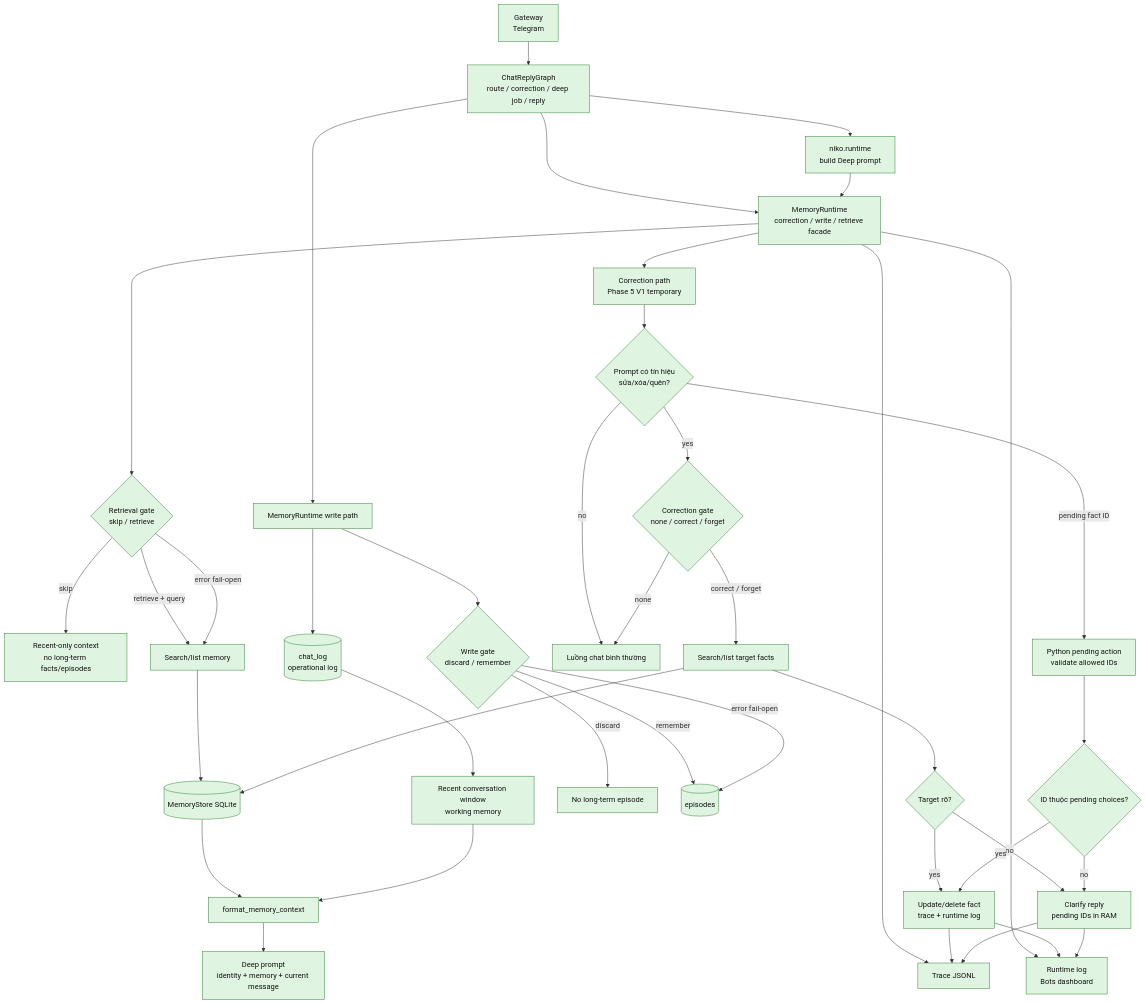
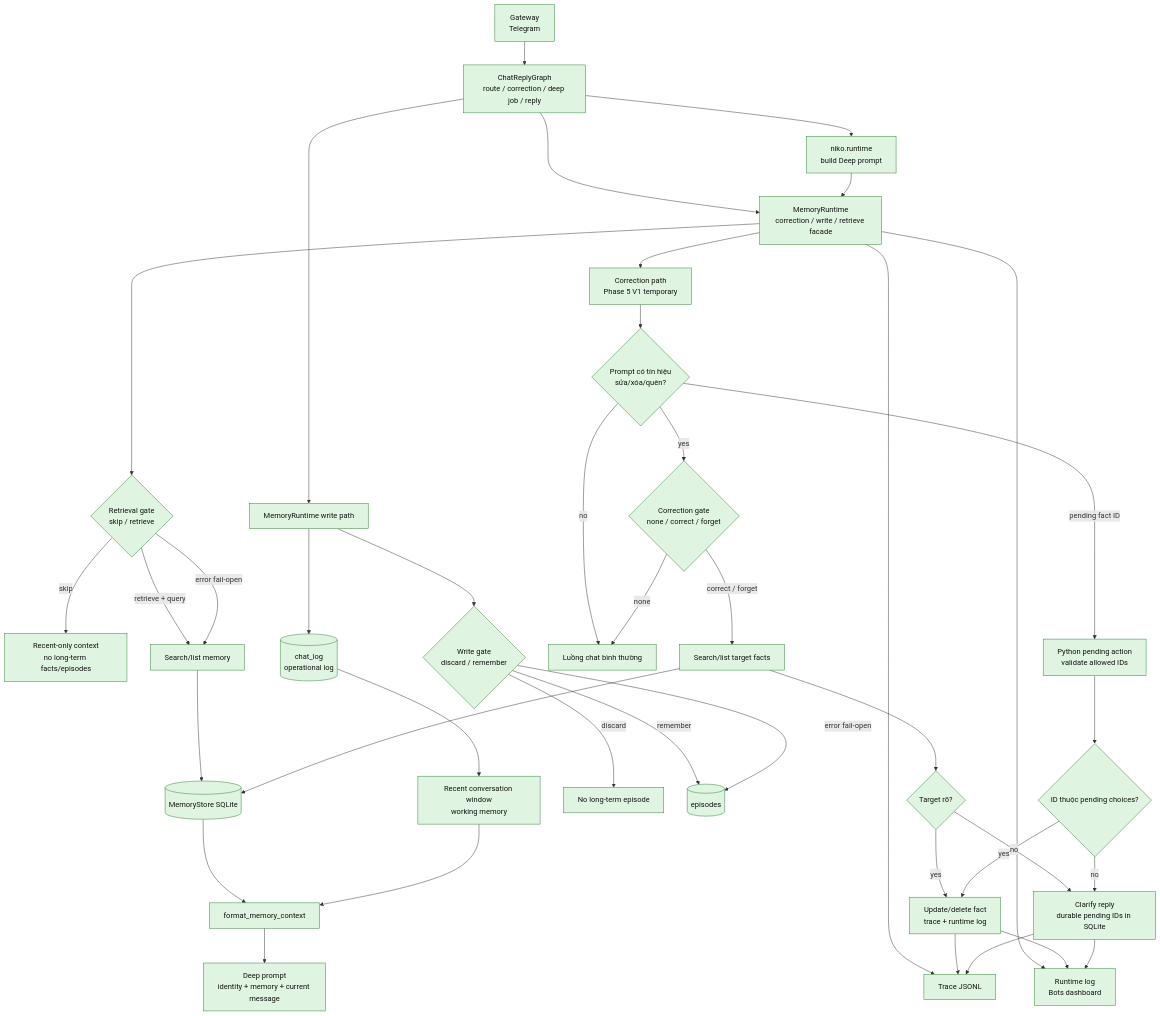
Before and after one commit to LuongAnh1/Niko_Agent: the second of 8 diagrams in docs/memory/chat-memory-architecture-flow.md, drawn with Mermaid. The commit also changed other lines of this file and 10 other files, not shown here.

````diff
--- a/docs/memory/chat-memory-architecture-flow.md
+++ b/docs/memory/chat-memory-architecture-flow.md
@@ -50,53 +50,53 @@
 ```mermaid
 flowchart TB
     Gateway[Gateway<br/>Telegram] --> ChatGraph[ChatReplyGraph<br/>route / correction / deep job / reply]
     ChatGraph --> MemoryRuntime[MemoryRuntime<br/>correction / write / retrieve facade]
     ChatGraph --> DeepRuntime[niko.runtime<br/>build Deep prompt]
     DeepRuntime --> MemoryRuntime
 
     MemoryRuntime --> RetrievalGate{Retrieval gate<br/>skip / retrieve}
     RetrievalGate -->|skip| RecentOnly[Recent-only context<br/>no long-term facts/episodes]
     RetrievalGate -->|retrieve + query| Retriever[Search/list memory]
     RetrievalGate -->|error fail-open| Retriever
 
     Retriever --> Store[(MemoryStore SQLite)]
     ChatLog --> WorkingWindow[Recent conversation window<br/>working memory]
     Store --> Formatter[format_memory_context]
     WorkingWindow --> Formatter
     Formatter --> DeepPrompt[Deep prompt<br/>identity + memory + current message]
 
     ChatGraph --> WritePath[MemoryRuntime write path]
     WritePath --> ChatLog[(chat_log<br/>operational log)]
     WritePath --> WriteGate{Write gate<br/>discard / remember}
     WriteGate -->|discard| NoEpisode[No long-term episode]
     WriteGate -->|remember| Episode[(episodes)]
     WriteGate -->|error fail-open| Episode
 
     MemoryRuntime --> CorrectionPath[Correction path<br/>Phase 5 V1 temporary]
     CorrectionPath --> CorrectionPrecheck{Prompt có tín hiệu<br/>sửa/xóa/quên?}
     CorrectionPrecheck -->|no| NoCorrection[Luồng chat bình thường]
     CorrectionPrecheck -->|pending fact ID| CorrectionPending[Python pending action<br/>validate allowed IDs]
     CorrectionPrecheck -->|yes| CorrectionGate{Correction gate<br/>none / correct / forget}
     CorrectionGate -->|none| NoCorrection[Luồng chat bình thường]
     CorrectionGate -->|correct / forget| CorrectionSearch[Search/list target facts]
     CorrectionSearch --> Store
     CorrectionSearch --> CorrectionMatch{Target rõ?}
     CorrectionMatch -->|yes| CorrectionApply[Update/delete fact<br/>trace + runtime log]
-    CorrectionMatch -->|no| CorrectionClarify[Clarify reply<br/>pending IDs in RAM]
+    CorrectionMatch -->|no| CorrectionClarify[Clarify reply<br/>durable pending IDs in SQLite]
     CorrectionPending --> CorrectionPendingMatch{ID thuộc pending choices?}
     CorrectionPendingMatch -->|yes| CorrectionApply
     CorrectionPendingMatch -->|no| CorrectionClarify
 
     MemoryRuntime --> Trace[Trace JSONL]
     MemoryRuntime --> RuntimeLog[Runtime log<br/>Bots dashboard]
     CorrectionApply --> Trace
     CorrectionClarify --> Trace
     CorrectionApply --> RuntimeLog
     CorrectionClarify --> RuntimeLog
 
     classDef done fill:#dff5e1,stroke:#2e7d32,color:#111;
     classDef planned fill:#fff4cc,stroke:#b7791f,color:#111;
     classDef boundary fill:#f3f4f6,stroke:#6b7280,color:#111;
 
     class Gateway,ChatGraph,DeepRuntime,MemoryRuntime,RetrievalGate,Retriever,Store,Formatter,DeepPrompt,WritePath,ChatLog,WorkingWindow,WriteGate,Episode,CorrectionPath,CorrectionPrecheck,CorrectionGate,CorrectionPending,CorrectionPendingMatch,NoCorrection,CorrectionSearch,CorrectionMatch,CorrectionApply,CorrectionClarify,Trace,RuntimeLog,RecentOnly,NoEpisode done;
 ```
````
